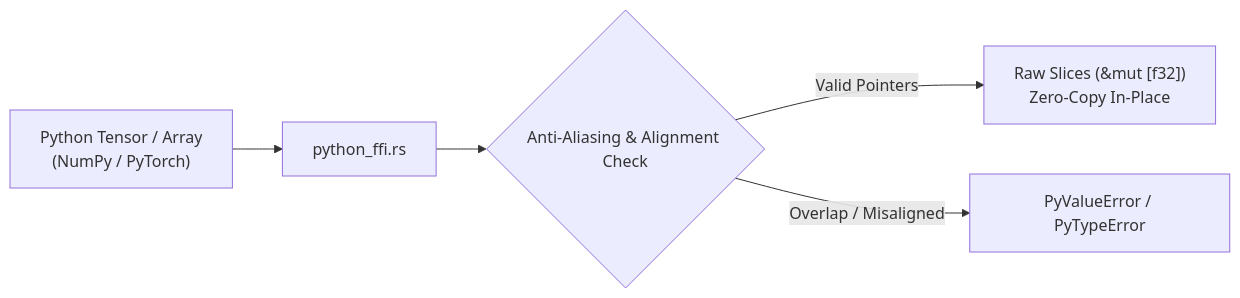
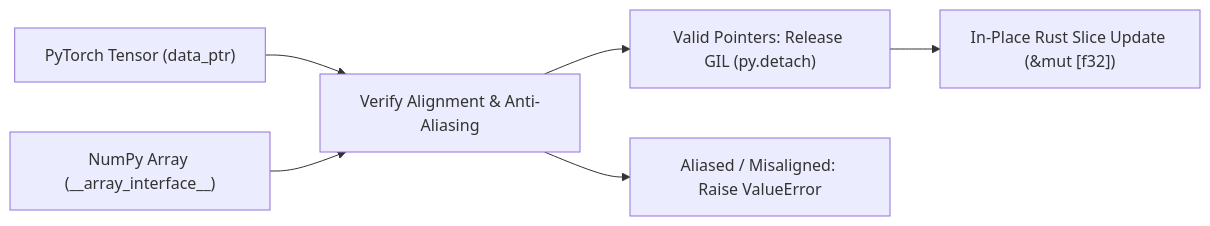
One commit to cloverx-id/luminamoon changed the diagram in docs/optimize/python_ffi/README.md. Above: the diagram before and after it, drawn with Mermaid. The commit also changed other lines of this file and 177 other files, not shown here.

````diff
--- a/docs/optimize/python_ffi/README.md
+++ b/docs/optimize/python_ffi/README.md
@@ -15,7 +13,8 @@
 ```mermaid
 flowchart LR
-    PythonTensor["Python Tensor / Array\n(NumPy / PyTorch)"] --> FFI["python_ffi.rs"]
-    FFI --> AntiAlias{"Anti-Aliasing & Alignment Check"}
-    AntiAlias -->|"Valid Pointers"| RustSlice["Raw Slices (&mut [f32])\nZero-Copy In-Place"]
-    AntiAlias -->|"Overlap / Misaligned"| Error["PyValueError / PyTypeError"]
+    PyTorch["PyTorch Tensor (data_ptr)"] --> Validate["Verify Alignment & Anti-Aliasing"]
+    NumPy["NumPy Array (__array_interface__)"] --> Validate
+    Validate --> Detach["Valid Pointers: Release GIL (py.detach)"]
+    Validate --> Error["Aliased / Misaligned: Raise ValueError"]
+    Detach --> Mutate["In-Place Rust Slice Update (&mut [f32])"]
 ```
````
